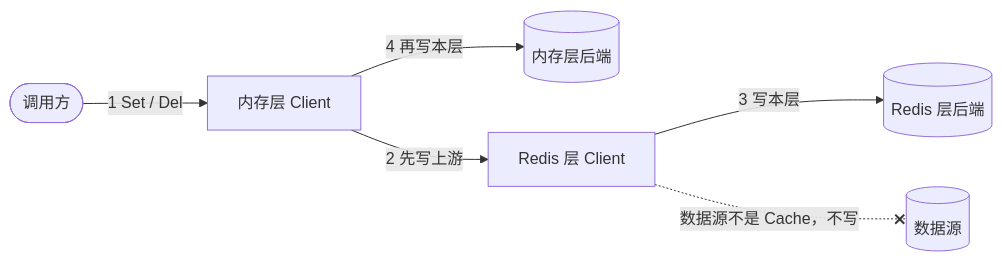
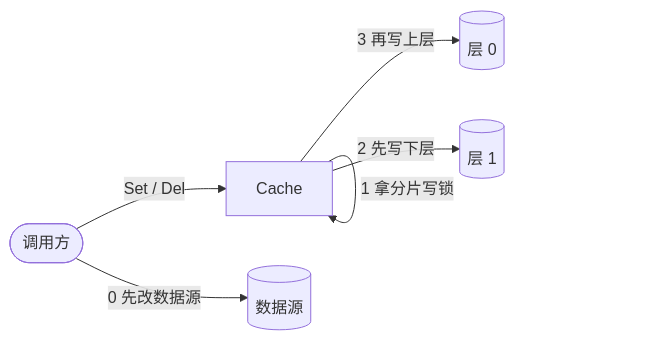
One commit to theplant/cachex changed the second of 2 diagrams in docs/design.md. Above: the diagram before and after it, drawn with Mermaid. The commit also changed other lines of this file and 19 other files, not shown here.

````diff
--- a/docs/design.md
+++ b/docs/design.md
@@ -64,15 +74,14 @@
 ```mermaid
 flowchart LR
     caller([调用方])
-    L1[内存层 Client]
-    B1[(内存层后端)]
-    L2[Redis 层 Client]
-    B2[(Redis 层后端)]
+    C[Cache]
+    L0[(层 0)]
+    L1[(层 1)]
     SRC[(数据源)]
 
-    caller -->|"1 Set / Del"| L1
-    L1 -->|"2 先写上游"| L2
-    L2 -->|"3 写本层"| B2
-    L2 -.-x|"数据源不是 Cache，不写"| SRC
-    L1 -->|"4 再写本层"| B1
+    caller -->|"0 先改数据源"| SRC
+    caller -->|"Set / Del"| C
+    C -->|"1 拿分片写锁"| C
+    C -->|"2 先写下层"| L1
+    C -->|"3 再写上层"| L0
 ```
````
